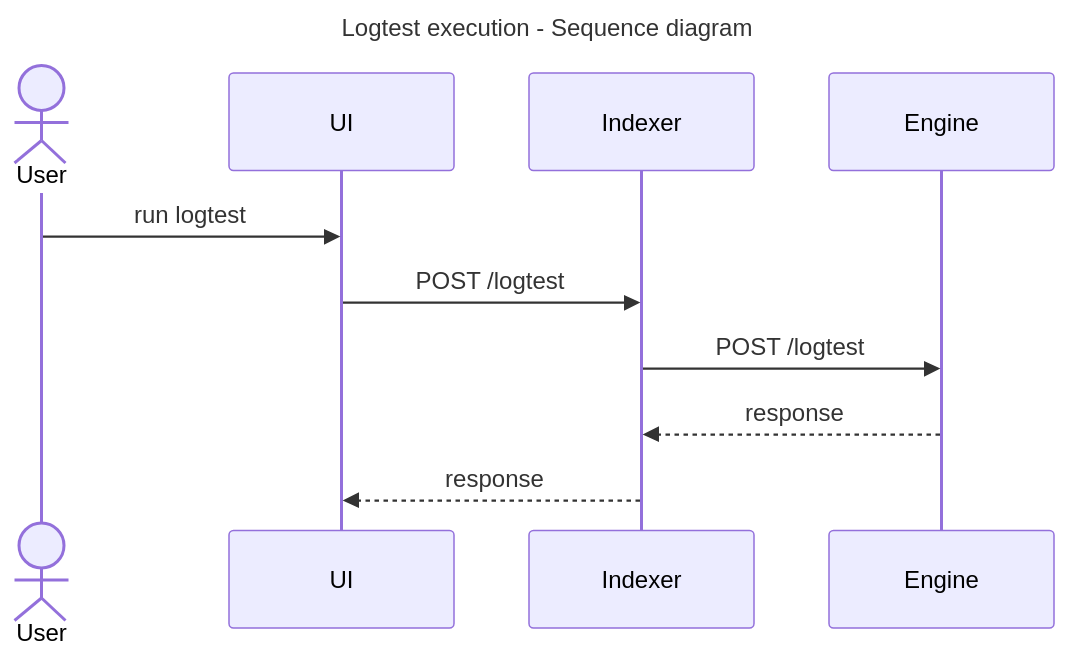
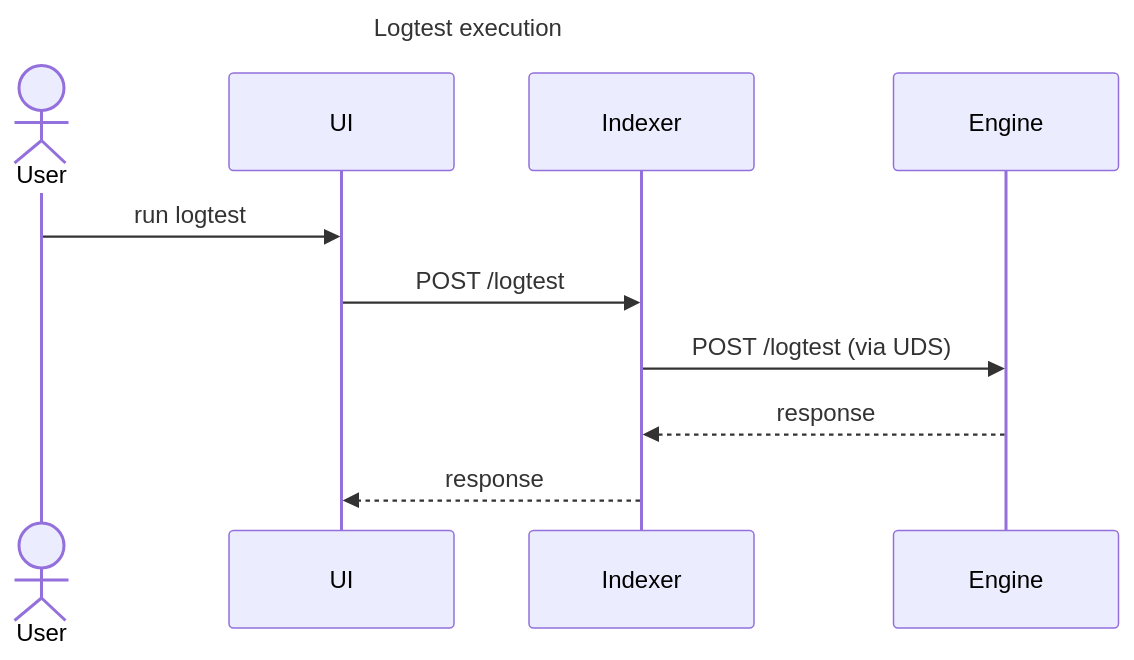
One commit to wazuh/wazuh-indexer-plugins changed the second of 6 diagrams in docs/dev/plugins/content-manager.md. Above: the diagram before and after it, drawn with Mermaid. The commit also changed other lines of this file and 15 other files, not shown here.

````diff
--- a/docs/dev/plugins/content-manager.md
+++ b/docs/dev/plugins/content-manager.md
@@ -308,17 +403,16 @@
 ```mermaid
 ---
-title: Logtest execution - Sequence diagram
+title: Logtest execution
 ---
 sequenceDiagram
     actor User
     participant UI
     participant Indexer
     participant Engine
 
     User->>UI: run logtest
-
     UI->>Indexer: POST /logtest
-    Indexer->>Engine: POST /logtest
+    Indexer->>Engine: POST /logtest (via UDS)
     Engine-->>Indexer: response
     Indexer-->>UI: response
 ```
````
